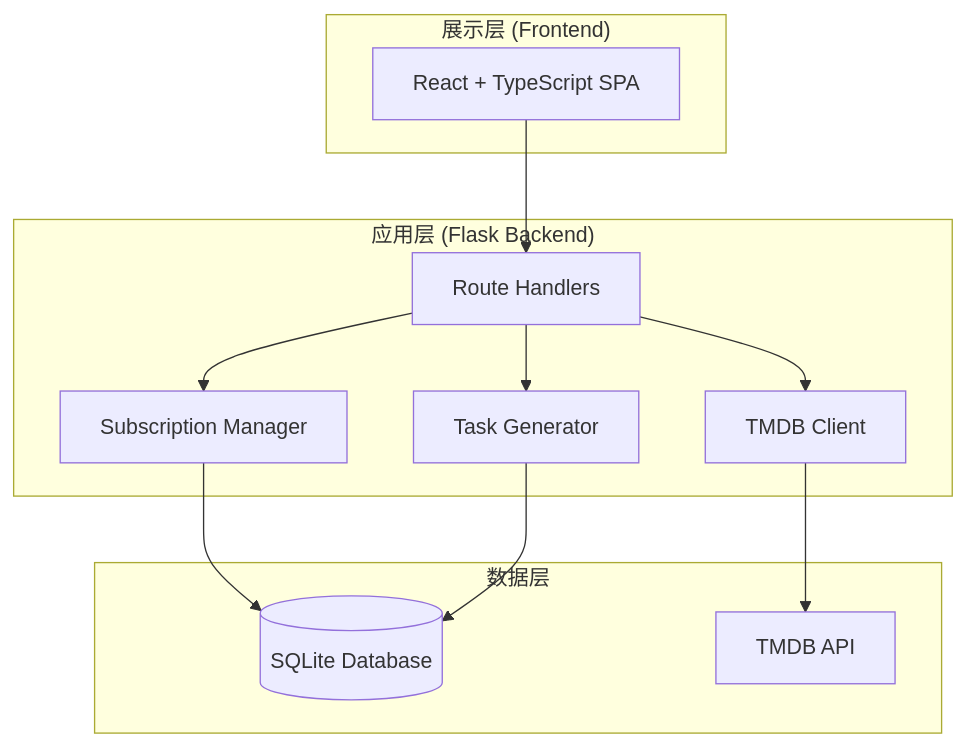
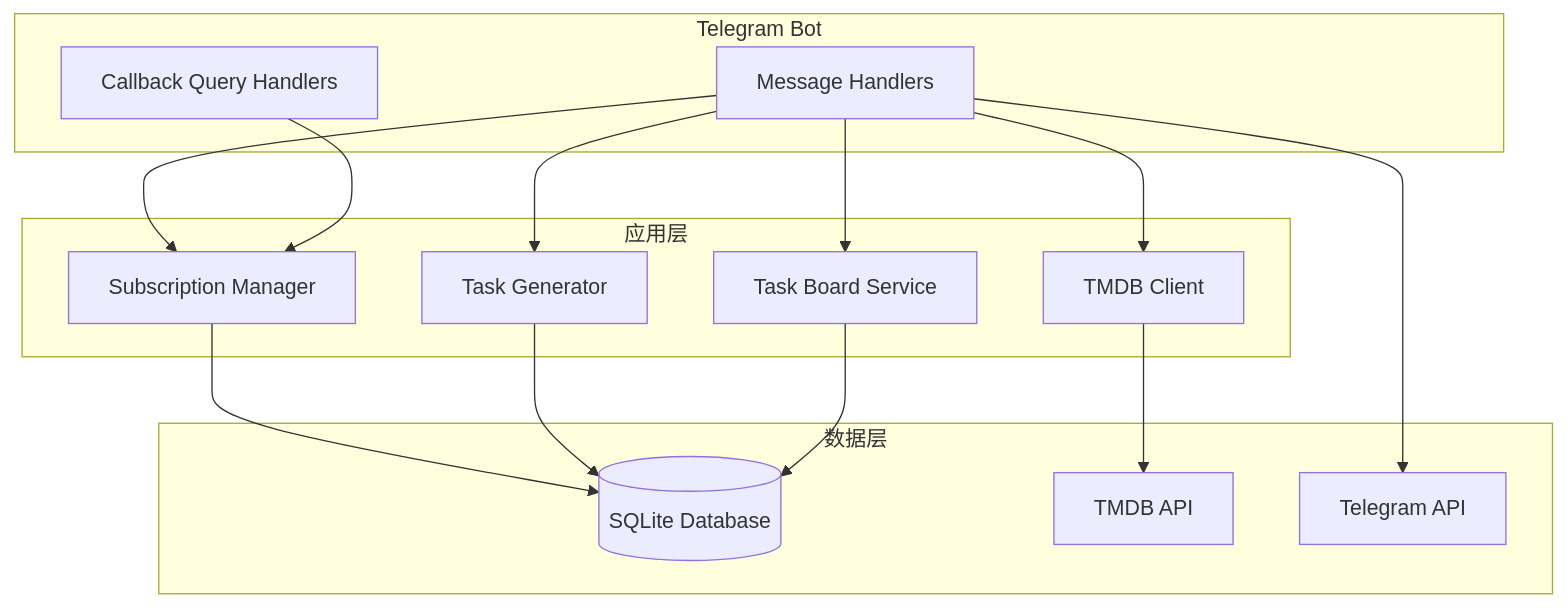
The second of 2 diagrams in .kiro/specs/tv-tracker/design.md (xc9973/tv-tracker), drawn with Mermaid before and after one commit. The commit also changed other lines of this file and 9 other files, not shown here.

````diff
--- a/.kiro/specs/tv-tracker/design.md
+++ b/.kiro/specs/tv-tracker/design.md
@@ -32,26 +32,31 @@
 ```mermaid
 graph TB
-    subgraph Presentation["展示层 (Frontend)"]
-        UI[React + TypeScript SPA]
+    subgraph Bot["Telegram Bot"]
+        Handler[Message Handlers]
+        Callback[Callback Query Handlers]
     end
     
-    subgraph Application["应用层 (Flask Backend)"]
-        Routes[Route Handlers]
+    subgraph Application["应用层"]
         TMDB[TMDB Client]
         SubMgr[Subscription Manager]
         TaskGen[Task Generator]
+        TaskBoard[Task Board Service]
     end
     
     subgraph Data["数据层"]
         DB[(SQLite Database)]
         TMDB_API[TMDB API]
+        TG_API[Telegram API]
     end
     
-    UI --> Routes
-    Routes --> TMDB
-    Routes --> SubMgr
-    Routes --> TaskGen
+    Handler --> TMDB
+    Handler --> SubMgr
+    Handler --> TaskGen
+    Handler --> TaskBoard
+    Callback --> SubMgr
     TMDB --> TMDB_API
     SubMgr --> DB
     TaskGen --> DB
+    TaskBoard --> DB
+    Handler --> TG_API
 ```
````
